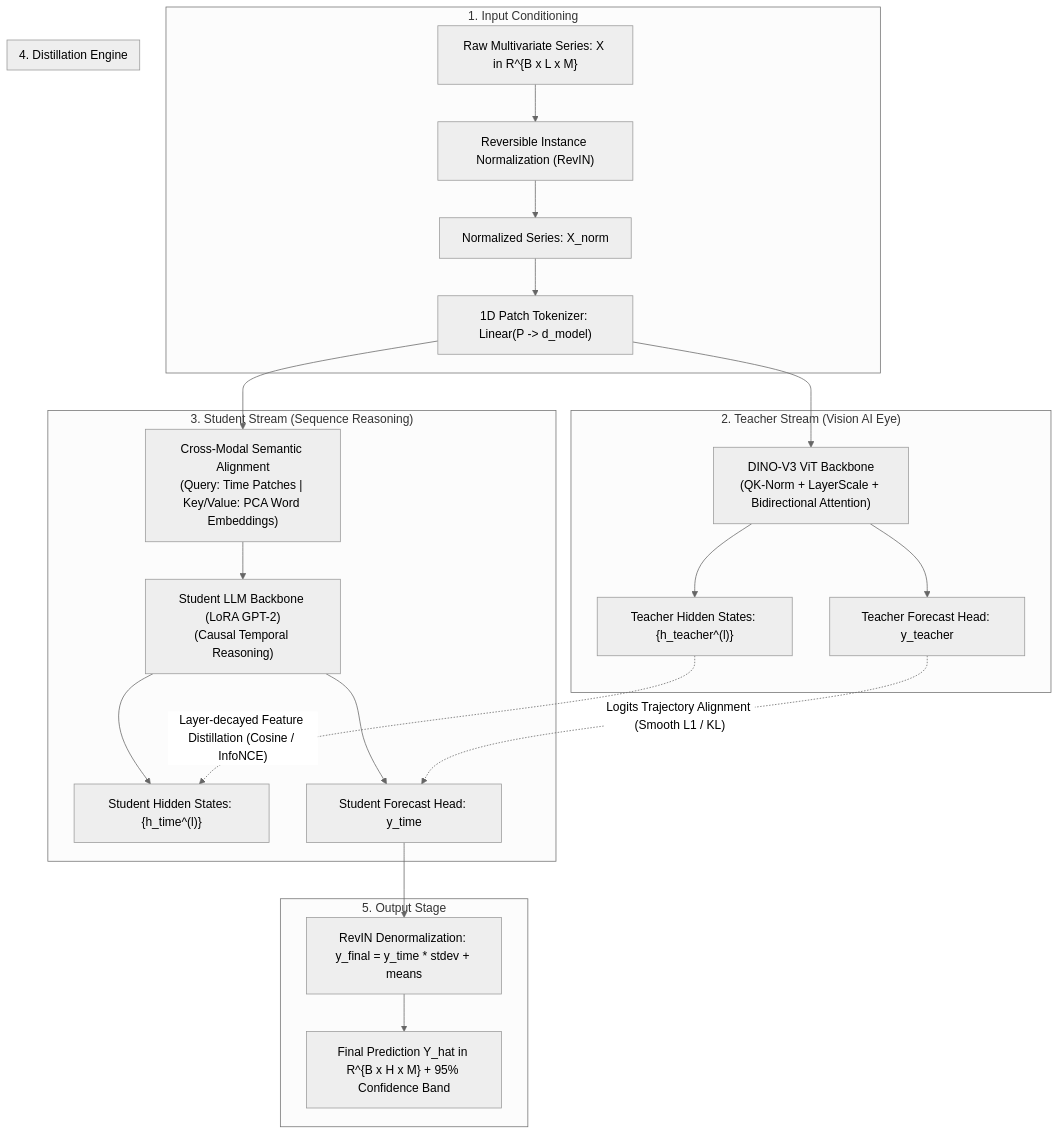
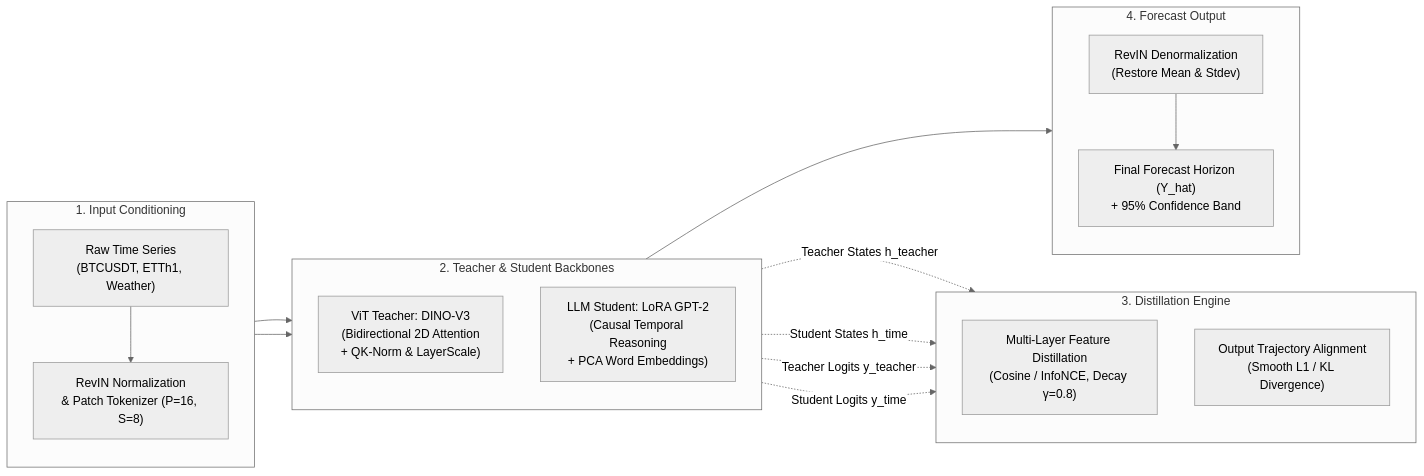
The diagram in README.md (NguyenVDat104/CALF_GPT4TS), drawn with Mermaid (neutral theme) before and after one commit.

Commit message:
docs: redesign Mermaid architecture diagram to horizontal (LR) layout with balanced nodes

````diff
--- a/README.md
+++ b/README.md
@@ -104,31 +104,35 @@
 ```mermaid
-flowchart TD
-    subgraph Input_Stage ["1. Input Conditioning"]
-        X["Raw Multivariate Series: X in R^{B x L x M}"] --> RevIN["Reversible Instance Normalization (RevIN)"]
-        RevIN --> X_norm["Normalized Series: X_norm"]
-        X_norm --> PatchTok["1D Patch Tokenizer: Linear(P -> d_model)"]
+flowchart LR
+    subgraph Stage1 ["1. Input Conditioning"]
+        direction TB
+        A["Raw Time Series<br/>(BTCUSDT, ETTh1, Weather)"] --> B["RevIN Normalization<br/>& Patch Tokenizer (P=16, S=8)"]
     end
 
-    subgraph Teacher_Stream ["2. Teacher Stream (Vision AI Eye)"]
-        PatchTok --> ViT_Teacher["DINO-V3 ViT Backbone<br/>(QK-Norm + LayerScale + Bidirectional Attention)"]
-        ViT_Teacher --> H_teacher["Teacher Hidden States: {h_teacher^(l)}"]
-        ViT_Teacher --> Y_teacher["Teacher Forecast Head: y_teacher"]
+    subgraph Stage2 ["2. Teacher & Student Backbones"]
+        direction TB
+        TEACHER["ViT Teacher: DINO-V3<br/>(Bidirectional 2D Attention<br/>+ QK-Norm & LayerScale)"]
+        STUDENT["LLM Student: LoRA GPT-2<br/>(Causal Temporal Reasoning<br/>+ PCA Word Embeddings)"]
     end
 
-    subgraph Student_Stream ["3. Student Stream (Sequence Reasoning)"]
-        PatchTok --> CrossAttn["Cross-Modal Semantic Alignment<br/>(Query: Time Patches | Key/Value: PCA Word Embeddings)"]
-        CrossAttn --> GPT_Student["Student LLM Backbone (LoRA GPT-2)<br/>(Causal Temporal Reasoning)"]
-        GPT_Student --> H_time["Student Hidden States: {h_time^(l)}"]
-        GPT_Student --> Y_time["Student Forecast Head: y_time"]
+    subgraph Stage3 ["3. Distillation Engine"]
+        direction TB
+        FEAT_LOSS["Multi-Layer Feature Distillation<br/>(Cosine / InfoNCE, Decay γ=0.8)"]
+        LOGIT_LOSS["Output Trajectory Alignment<br/>(Smooth L1 / KL Divergence)"]
     end
 
-    subgraph Distillation_Engine ["4. Distillation Engine"]
-        H_teacher -. "Layer-decayed Feature Distillation (Cosine / InfoNCE)" .-> H_time
-        Y_teacher -. "Logits Trajectory Alignment (Smooth L1 / KL)" .-> Y_time
+    subgraph Stage4 ["4. Forecast Output"]
+        direction TB
+        OUT["RevIN Denormalization<br/>(Restore Mean & Stdev)"] --> FORECAST["Final Forecast Horizon (Y_hat)<br/>+ 95% Confidence Band"]
     end
 
-    subgraph Forecast_Stage ["5. Output Stage"]
-        Y_time --> DeRevIN["RevIN Denormalization: y_final = y_time * stdev + means"]
-        DeRevIN --> Out["Final Prediction Y_hat in R^{B x H x M} + 95% Confidence Band"]
-    end
+    B --> TEACHER
+    B --> STUDENT
+
+    TEACHER -. "Teacher States h_teacher" .-> FEAT_LOSS
+    STUDENT -. "Student States h_time" .-> FEAT_LOSS
+
+    TEACHER -. "Teacher Logits y_teacher" .-> LOGIT_LOSS
+    STUDENT -. "Student Logits y_time" .-> LOGIT_LOSS
+
+    STUDENT --> OUT
 ```
````
